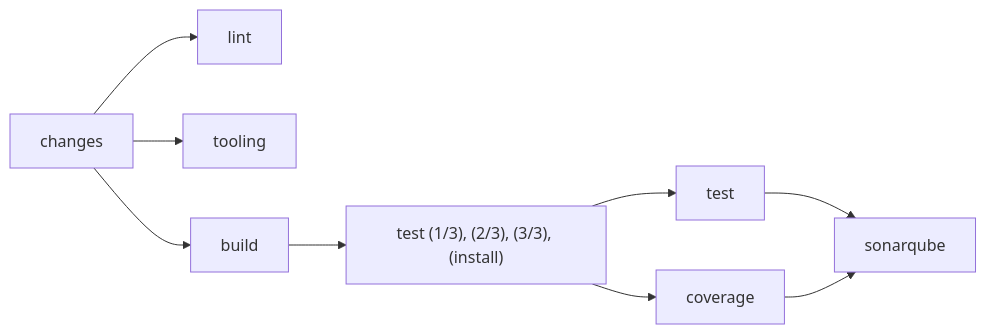
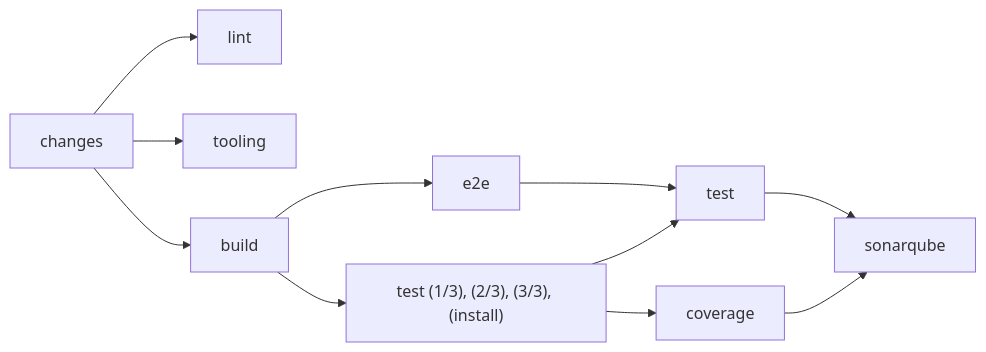
The diagram in docs/infrastructure/pipelines.md (SoltuneMontepre/medilab), drawn with Mermaid before and after one commit. The commit also changed other lines of this file and 3 other files, not shown here.

````diff
--- a/docs/infrastructure/pipelines.md
+++ b/docs/infrastructure/pipelines.md
@@ -20,8 +20,9 @@
 ```mermaid
 flowchart LR
     changes --> lint
     changes --> tooling
     changes --> build --> runners["test (1/3), (2/3), (3/3), (install)"]
+    build --> e2e --> test
     runners --> test --> sonarqube
     runners --> coverage --> sonarqube
 ```
````
